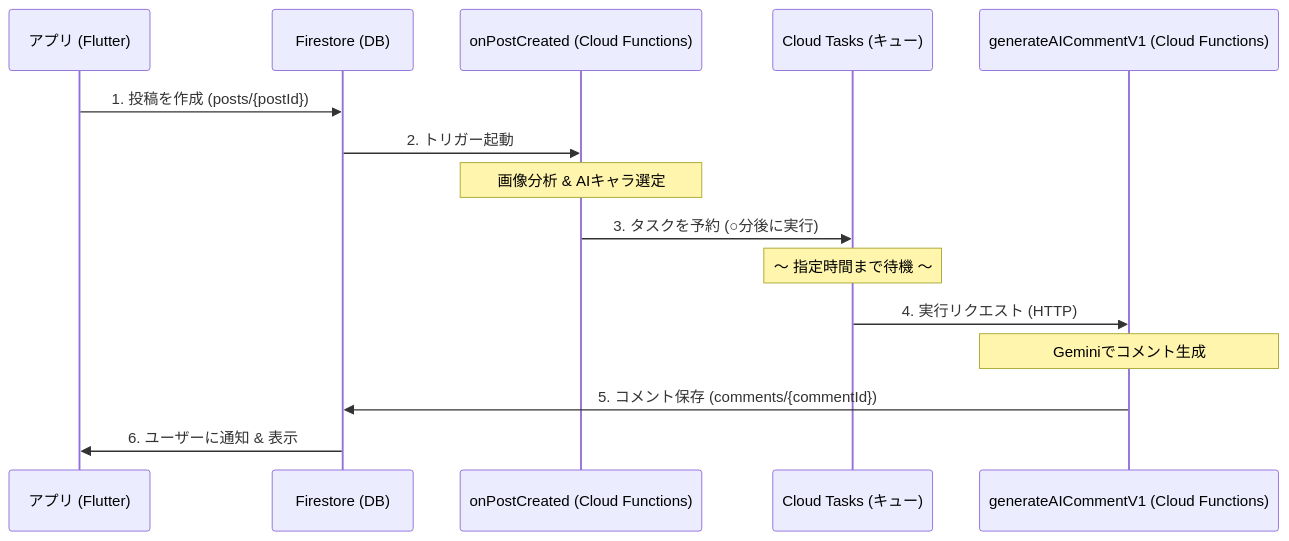
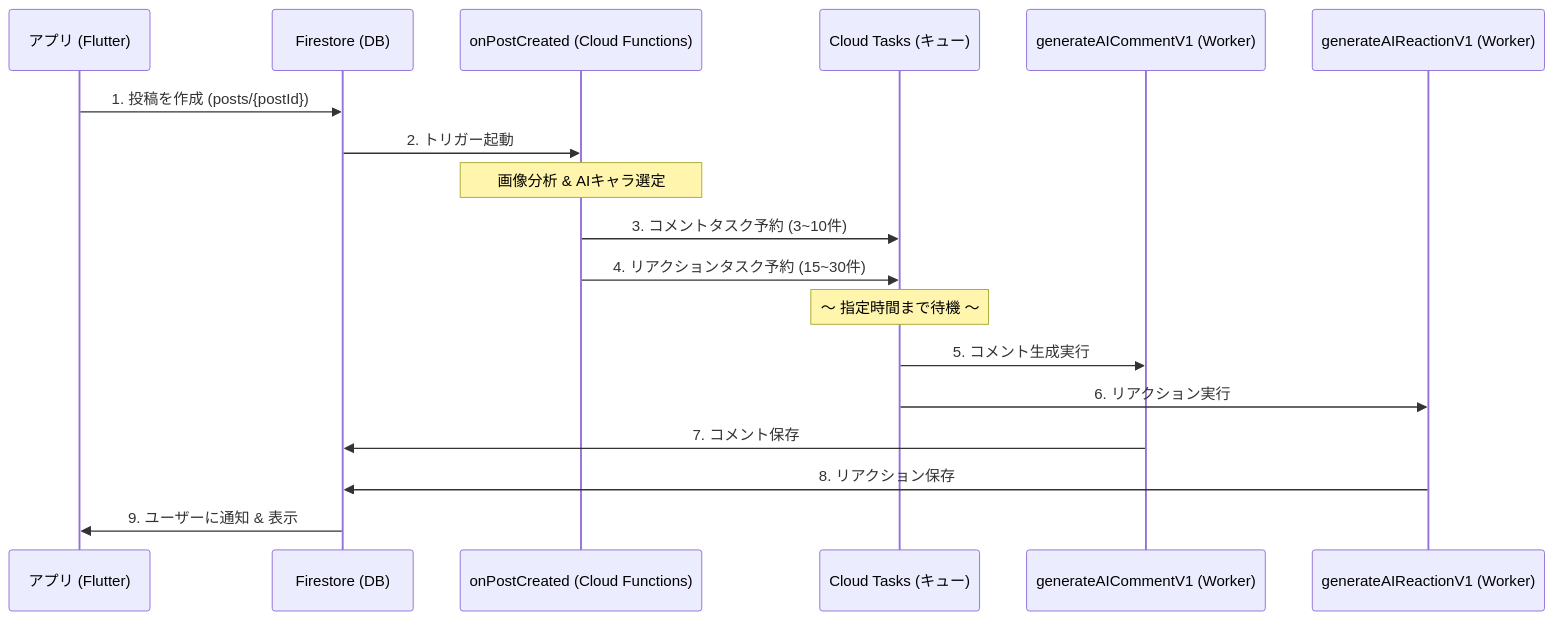
Before and after one commit to Mottiri/homeppu: the diagram in docs/design/ai_comment_design.md, drawn with Mermaid. The commit also changed other lines of this file and 1 other file, not shown here.

````diff
--- a/docs/design/ai_comment_design.md
+++ b/docs/design/ai_comment_design.md
@@ -8,18 +8,21 @@
 ```mermaid
 sequenceDiagram
     participant App as アプリ (Flutter)
     participant DB as Firestore (DB)
     participant Trigger as onPostCreated (Cloud Functions)
     participant Queue as Cloud Tasks (キュー)
-    participant Worker as generateAICommentV1 (Cloud Functions)
+    participant WorkerC as generateAICommentV1 (Worker)
+    participant WorkerR as generateAIReactionV1 (Worker)
 
     App->>DB: 1. 投稿を作成 (posts/{postId})
     DB->>Trigger: 2. トリガー起動
     Note over Trigger: 画像分析 & AIキャラ選定
-    Trigger->>Queue: 3. タスクを予約 (○分後に実行)
+    Trigger->>Queue: 3. コメントタスク予約 (3~10件)
+    Trigger->>Queue: 4. リアクションタスク予約 (15~30件)
     Note over Queue: 〜 指定時間まで待機 〜
-    Queue->>Worker: 4. 実行リクエスト (HTTP)
-    Note over Worker: Geminiでコメント生成
-    Worker->>DB: 5. コメント保存 (comments/{commentId})
-    DB->>App: 6. ユーザーに通知 & 表示
+    Queue->>WorkerC: 5. コメント生成実行
+    Queue->>WorkerR: 6. リアクション実行
+    WorkerC->>DB: 7. コメント保存
+    WorkerR->>DB: 8. リアクション保存
+    DB->>App: 9. ユーザーに通知 & 表示
 ```
````
